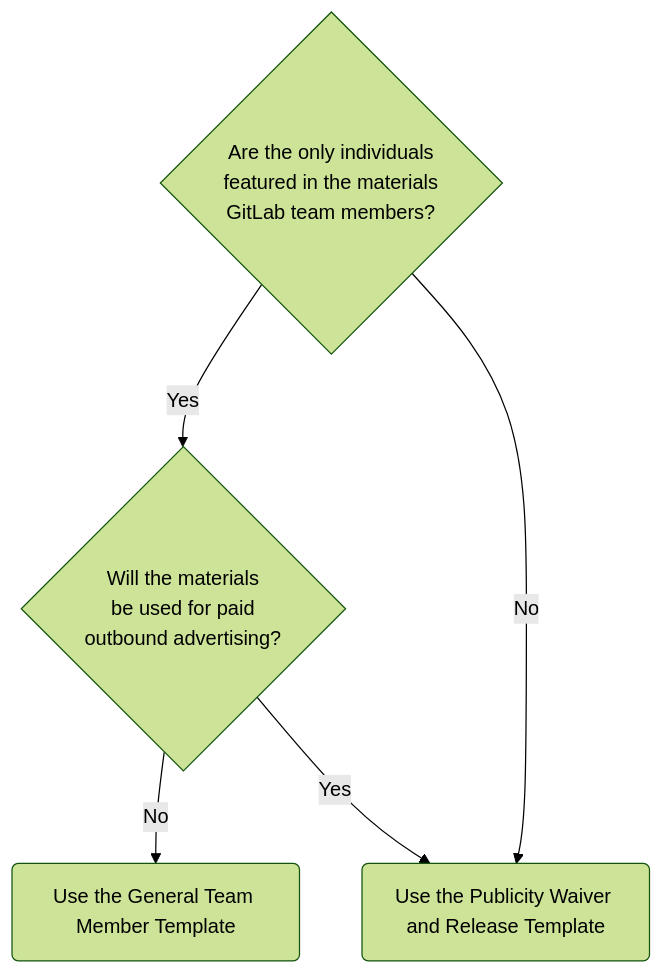
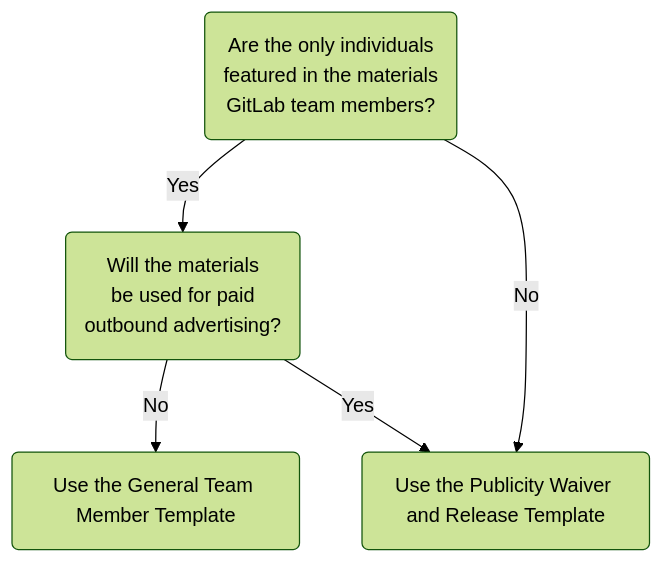
The diagram in content/handbook/legal/publicity-waiver-release.md (zalyoung/gitlab-handbook), drawn with Mermaid (forest theme) before and after one commit.

Commit message:
Change decision nodes to use parentheses

````diff
--- a/content/handbook/legal/publicity-waiver-release.md
+++ b/content/handbook/legal/publicity-waiver-release.md
@@ -26,10 +26,10 @@
 ```mermaid
 graph TD
-  A{Are the only individuals<br> featured in the materials<br> GitLab team members?}-->|Yes|B{Will the materials<br> be used for paid<br> outbound advertising?}
+  A(Are the only individuals<br> featured in the materials<br> GitLab team members?)-->|Yes|B(Will the materials<br> be used for paid<br> outbound advertising?)
   A -->|No| C(Use the Publicity Waiver and Release Template)
   B -->|No| D(Use the General Team Member Template)
   B -->|Yes| C
 
 click C "/handbook/legal/publicity-waiver-release/#material-and-purpose-specific-publicity-waiver-and-release"
 click D "/handbook/legal/publicity-waiver-release/#team-member-general-publicity-waiver-and-release"
 ```
````
